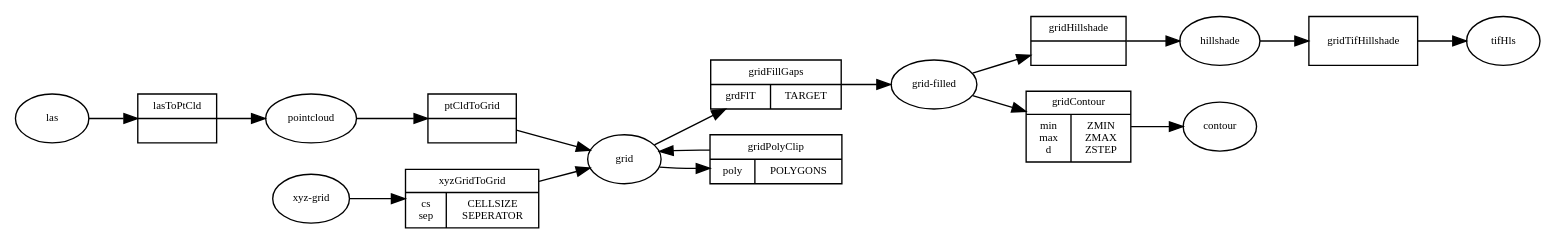
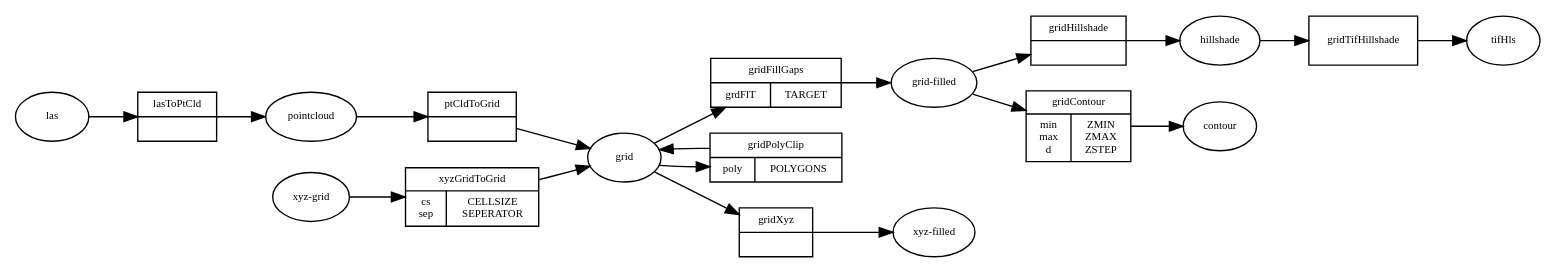
One commit to michelk/saga-cmd.hs changed the diagram in README.org. Above: the diagram before and after it, drawn with Graphviz. The commit also changed other lines of this file and 2 other files, not shown here.

Commit message:
adapting doc

```diff
--- a/README.org
+++ b/README.org
@@ -79,32 +79,35 @@
    #+BEGIN_SRC dot :exports results :results graphics :file doc/figures/chains.png :eval no-export
      digraph chains {
          graph [rankdir = LR];
          node [shape = ellipse, fontsize = 8];
-
+     
          las [label = "las"];
          grd [label = "grid"];
          grdF [label = "grid-filled"];
          xyz [label = "xyz-grid"];
          cntr [label = "contour"];
          hls [label = "hillshade"];
          pt [label = "pointcloud"];
          tifHls [labal = "tif-hillshade"];
-
+         xyzF  [label = "xyz-filled"];
+     
          xyzGrid [shape = record, label = "xyzGridToGrid|{cs\nsep|CELLSIZE\nSEPERATOR}"];
          lasPt [shape = record, label = "lasToPtCld |"];
          ptGrd [shape = record, label = "ptCldToGrid|"];
          grdFl [shape = record, label = "gridFillGaps| {grdFlT |TARGET}"];
          grdHl [shape = record, label = "gridHillshade|"];
          grdCtl [shape = record, label = "gridContour| {min\nmax\nd |ZMIN\nZMAX\nZSTEP}"];
          grdPolyCp [shape = record, label = "gridPolyClip| {poly|POLYGONS}"];
          hlsTif [shape = record, label = "gridTifHillshade"];
-
+         grdXyz [shape = record, label = "gridXyz|"];
+     
          las -> lasPt -> pt -> ptGrd -> grd;
          xyz -> xyzGrid -> grd ;
+         grd -> grdXyz -> xyzF;
          grd -> grdPolyCp -> grd;
          grd -> grdFl -> grdF;
          grdF -> grdHl -> hls;
          grdF -> grdCtl -> cntr;
          hls -> hlsTif -> tifHls;
      }
    #+END_SRC
```
